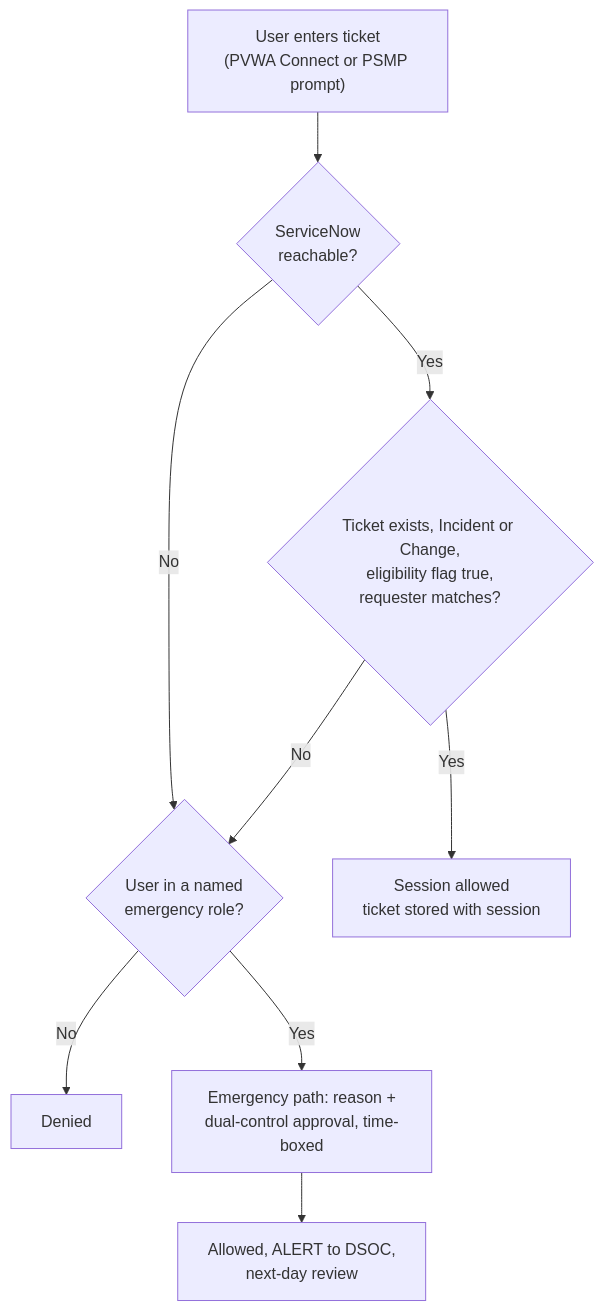
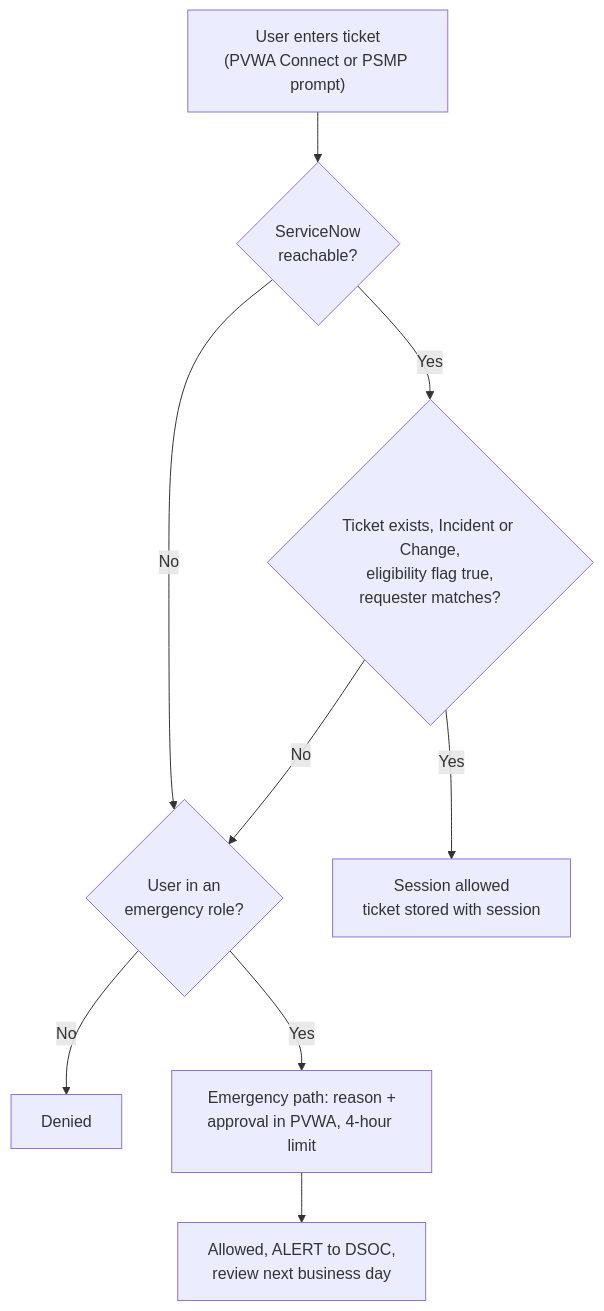
Before and after one commit to cnampalli/CB-Raap-Vault: the seventh of 11 diagrams in docs/cyberark-psm/impact-assessment.md, drawn with Mermaid. The commit also changed other lines of this file, not shown here.

First line of the commit message:
docs(psm): impact assessment v0.9 - stakeholder review, gates, design deliverables

````diff
--- a/docs/cyberark-psm/impact-assessment.md
+++ b/docs/cyberark-psm/impact-assessment.md
@@ -549,11 +668,11 @@
 ```mermaid
 flowchart TD
     A["User enters ticket<br/>(PVWA Connect or PSMP prompt)"] --> B{"ServiceNow<br/>reachable?"}
-    B -- No --> E{"User in a named<br/>emergency role?"}
+    B -- No --> E{"User in an<br/>emergency role?"}
     B -- Yes --> C{"Ticket exists, Incident or Change,<br/>eligibility flag true,<br/>requester matches?"}
     C -- Yes --> OK["Session allowed<br/>ticket stored with session"]
     C -- No --> E
     E -- No --> DENY["Denied"]
-    E -- Yes --> F["Emergency path: reason +<br/>dual-control approval, time-boxed"]
-    F --> ALERT["Allowed, ALERT to DSOC,<br/>next-day review"]
+    E -- Yes --> F["Emergency path: reason +<br/>approval in PVWA, 4-hour limit"]
+    F --> ALERT["Allowed, ALERT to DSOC,<br/>review next business day"]
 ```
````
